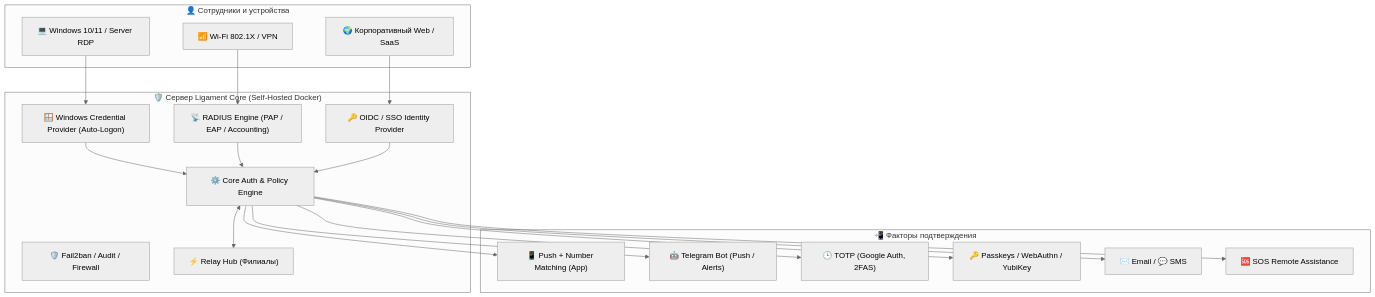
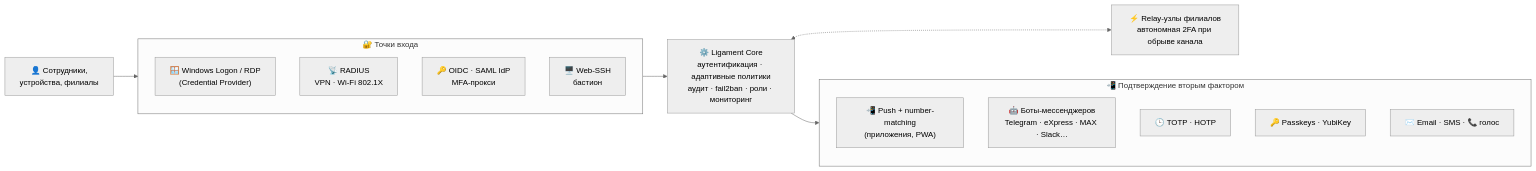
The diagram in README.ru.md (aligorov/ligament), drawn with Mermaid (neutral theme) before and after one commit. The commit also changed 1 other file, not shown here.

Commit message:
docs: архитектурная диаграмма — чистый конвейер вместо леса стрелок
Пользователи → точки входа (Windows CP, RADIUS, OIDC/SAML/MFA-прокси,
бастион) → ядро → факторы; Relay-узлы — пунктирной веткой сбоку.
Узел бастиона больше не висит без связей; направление LR вместо TD —
на GitHub читается в одну строку слева направо. EN/RU синхронно.

````diff
--- a/README.ru.md
+++ b/README.ru.md
@@ -45,37 +45,28 @@
 ```mermaid
-flowchart TD
-    subgraph Users["👤 Сотрудники и устройства"]
-        U1["💻 Windows 10/11 / Server RDP"]
-        U2["📶 Wi-Fi 802.1X / VPN"]
-        U3["🌍 Корпоративный Web / SaaS"]
+flowchart LR
+    U["👤 Сотрудники,<br/>устройства, филиалы"]
+
+    subgraph Entries["🔐 Точки входа"]
+        direction TB
+        CP["🪟 Windows Logon / RDP<br/>(Credential Provider)"]
+        RAD["📡 RADIUS<br/>VPN · Wi-Fi 802.1X"]
+        SSO["🔑 OIDC · SAML IdP<br/>MFA-прокси"]
+        BAS["🖥️ Web-SSH<br/>бастион"]
     end
 
-    subgraph LigamentCore["🛡️ Сервер Ligament Core (Self-Hosted Docker)"]
-        CP["🪟 Windows Credential Provider (Auto-Logon)"]
-        RAD["📡 RADIUS Engine (PAP / EAP / Accounting)"]
-        OIDC["🔑 OIDC / SSO Identity Provider"]
-        AUTH["⚙️ Core Auth & Policy Engine"]
-        FSM["🛡️ Fail2ban / Audit / Firewall"]
-        REL["⚡ Relay Hub (Филиалы)"]
+    CORE["⚙️ Ligament Core<br/>аутентификация · адаптивные политики<br/>аудит · fail2ban · роли · мониторинг"]
+
+    subgraph Factors["📲 Подтверждение вторым фактором"]
+        direction TB
+        F1["📲 Push + number-matching<br/>(приложения, PWA)"]
+        F2["🤖 Боты-мессенджеров<br/>Telegram · eXpress · MAX · Slack…"]
+        F3["🕒 TOTP · HOTP"]
+        F4["🔑 Passkeys · YubiKey"]
+        F5["✉️ Email · SMS · 📞 голос"]
     end
 
-    subgraph Factors["📲 Факторы подтверждения"]
-        F1["📱 Push + Number Matching (App)"]
-        F2["🤖 Telegram Bot (Push / Alerts)"]
-        F3["🕒 TOTP (Google Auth, 2FAS)"]
-        F4["🔑 Passkeys / WebAuthn / YubiKey"]
-        F5["✉️ Email / 💬 SMS"]
-        F6["🆘 SOS Remote Assistance"]
-    end
+    REL["⚡ Relay-узлы филиалов<br/>автономная 2FA при обрыве канала"]
 
-    U1 --> CP --> AUTH
-    U2 --> RAD --> AUTH
-    U3 --> OIDC --> AUTH
-    AUTH --> F1
-    AUTH --> F2
-    AUTH --> F3
-    AUTH --> F4
-    AUTH --> F5
-    AUTH --> F6
-    AUTH <--> REL
+    U --> Entries --> CORE --> Factors
+    CORE <-.-> REL
 ```
````
